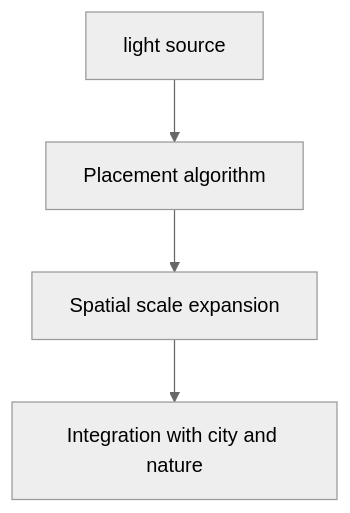
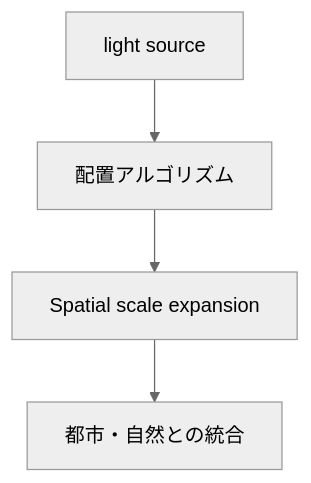
One commit to monumental-movement/monumental-movement.github.io changed the sixth of 8 diagrams in en/_posts/2026-04-18-column-ryoji-ikeda.md. Above: the diagram before and after it, drawn with Mermaid (neutral theme). The commit also changed other lines of this file and 2196 other files, not shown here.

```diff
--- a/en/_posts/2026-04-18-column-ryoji-ikeda.md
+++ b/en/_posts/2026-04-18-column-ryoji-ikeda.md
@@ -197,6 +197,6 @@
 <div class="mermaid">
 graph TD
-A[light source] --> B[Placement algorithm]
+A[light source] --> B[配置アルゴリズム]
 B --> C[Spatial scale expansion]
-C --> D[Integration with city and nature]
+C --> D[都市・自然との統合]
 </div>
```
